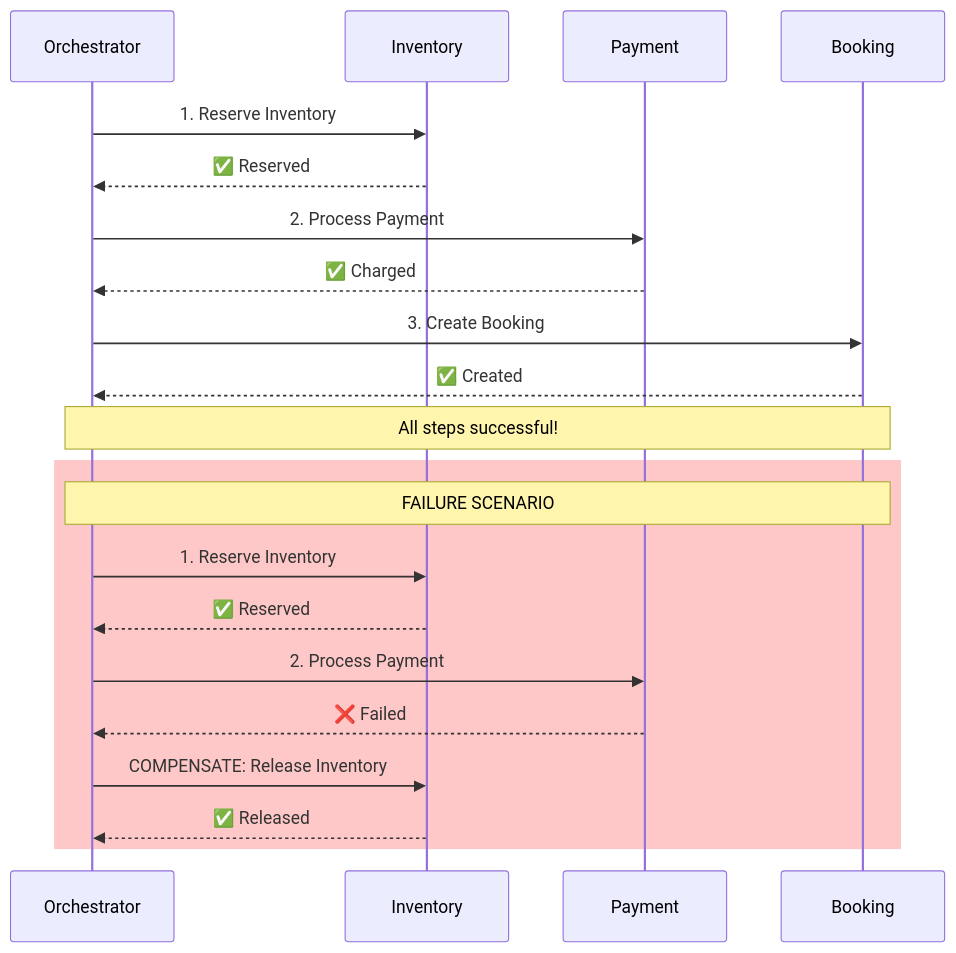
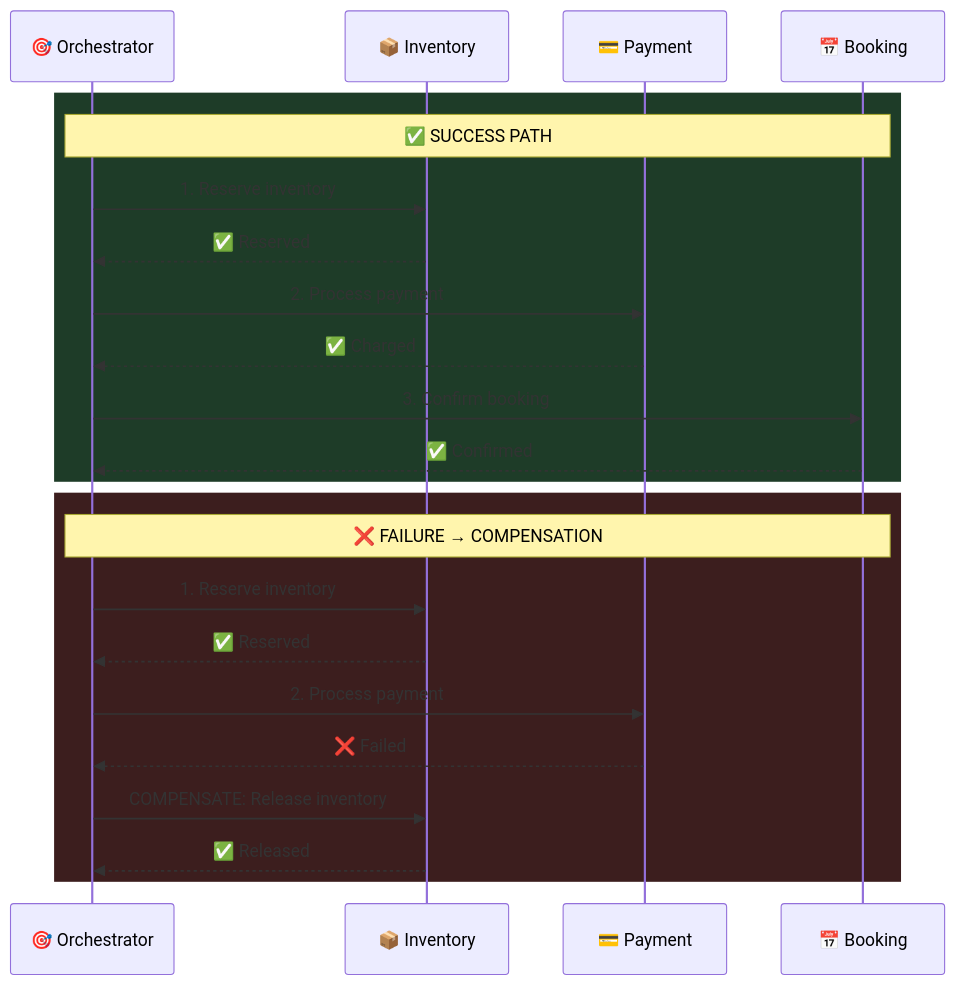
One commit to pankajshakya627/Airbnb changed the ninth of 11 diagrams in docs/HLD.md. Above: the diagram before and after it, drawn with Mermaid. The commit also changed other lines of this file, not shown here.

````diff
--- a/docs/HLD.md
+++ b/docs/HLD.md
@@ -1286,28 +811,27 @@
 ```mermaid
 sequenceDiagram
-    participant O as Orchestrator
-    participant I as Inventory
-    participant P as Payment
-    participant B as Booking
+    participant O as 🎯 Orchestrator
+    participant I as 📦 Inventory
+    participant P as 💳 Payment
+    participant B as 📅 Booking
 
-    O->>I: 1. Reserve Inventory
-    I-->>O: ✅ Reserved
+    rect rgb(30, 60, 40)
+        Note over O,B: ✅ SUCCESS PATH
+        O->>I: 1. Reserve inventory
+        I-->>O: ✅ Reserved
+        O->>P: 2. Process payment
+        P-->>O: ✅ Charged
+        O->>B: 3. Confirm booking
+        B-->>O: ✅ Confirmed
+    end
 
-    O->>P: 2. Process Payment
-    P-->>O: ✅ Charged
-
-    O->>B: 3. Create Booking
-    B-->>O: ✅ Created
-
-    Note over O,B: All steps successful!
-
-    rect rgb(255, 200, 200)
-        Note over O,B: FAILURE SCENARIO
-        O->>I: 1. Reserve Inventory
+    rect rgb(60, 30, 30)
+        Note over O,B: ❌ FAILURE → COMPENSATION
+        O->>I: 1. Reserve inventory
         I-->>O: ✅ Reserved
-        O->>P: 2. Process Payment
+        O->>P: 2. Process payment
         P-->>O: ❌ Failed
-        O->>I: COMPENSATE: Release Inventory
+        O->>I: COMPENSATE: Release inventory
         I-->>O: ✅ Released
     end
 ```
````
